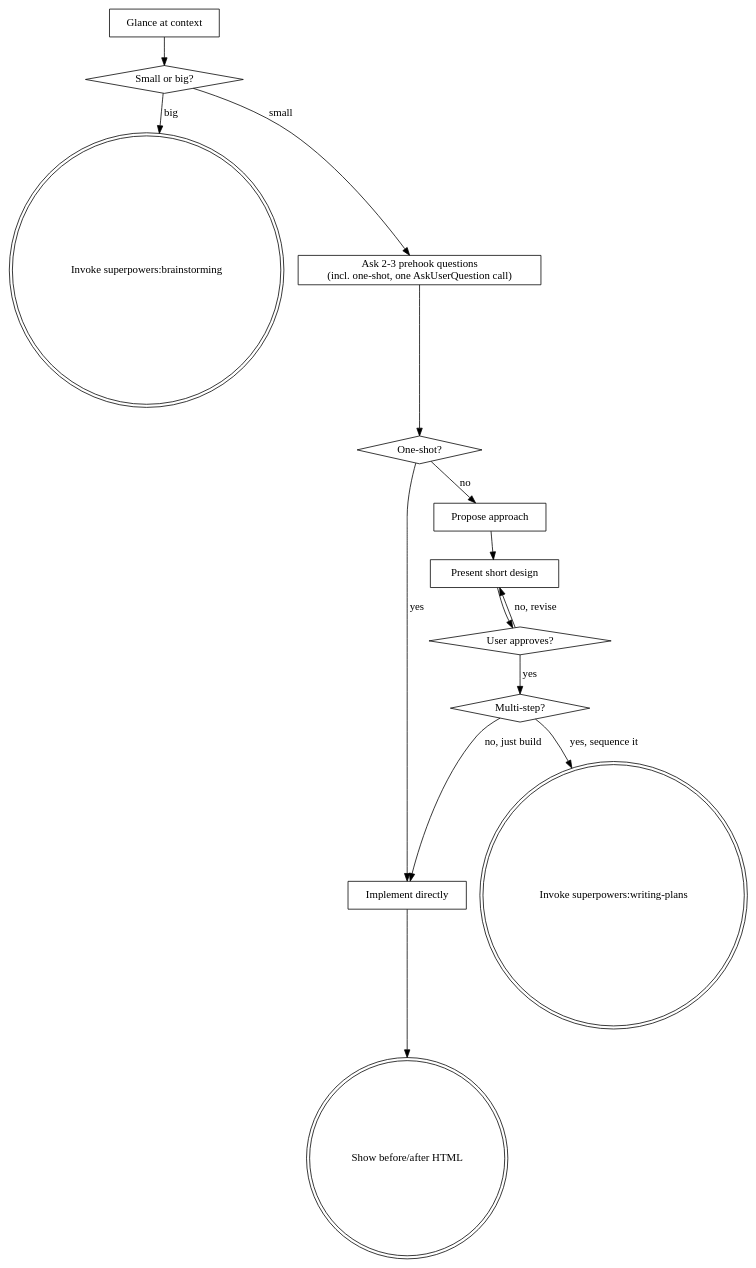
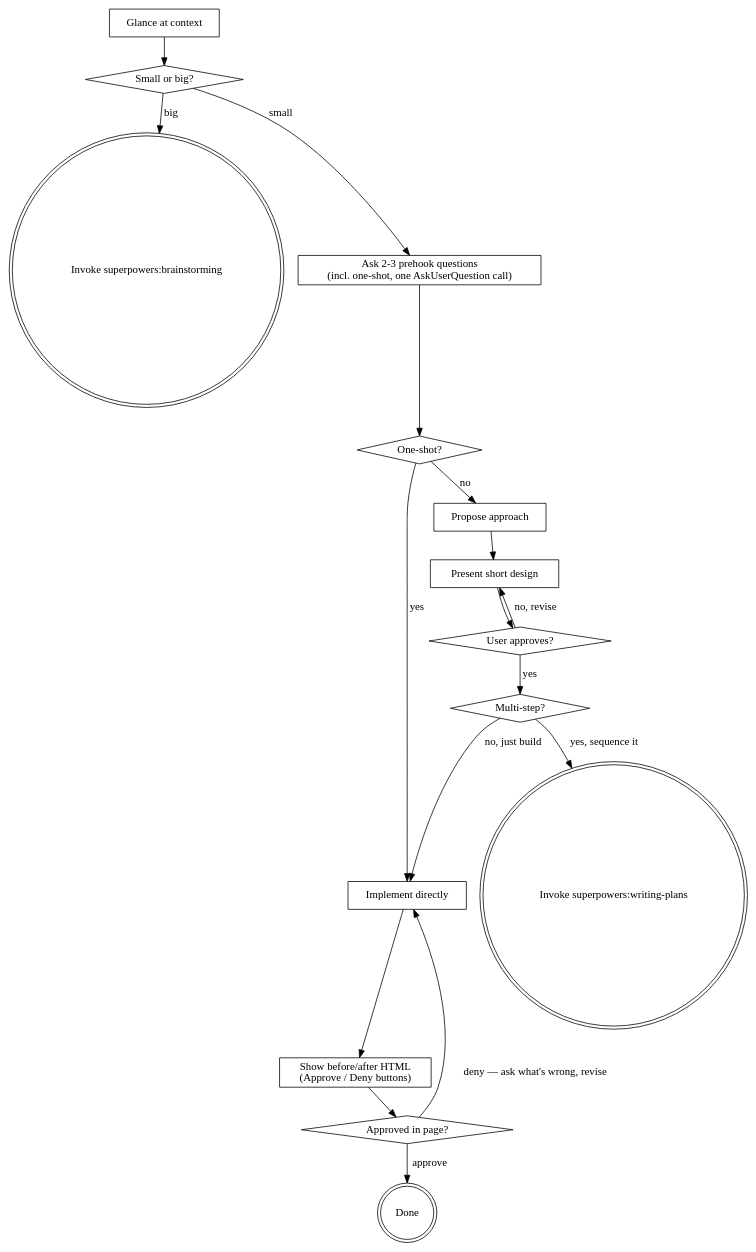
One commit to ashcastelinocs124/CasStack changed the diagram in skills/mini-brainstorming/SKILL.md. Above: the diagram before and after it, drawn with Graphviz. The commit also changed other lines of this file and 1 other file, not shown here.

Commit message:
mini-brainstorming: before/after page gains Approve/Deny gate that resumes the session

````diff
--- a/skills/mini-brainstorming/SKILL.md
+++ b/skills/mini-brainstorming/SKILL.md
@@ -73,30 +73,35 @@
 ```dot
 digraph mini_brainstorming {
     "Glance at context" [shape=box];
     "Small or big?" [shape=diamond];
     "Invoke superpowers:brainstorming" [shape=doublecircle];
     "Ask 2-3 prehook questions\n(incl. one-shot, one AskUserQuestion call)" [shape=box];
     "One-shot?" [shape=diamond];
     "Implement directly" [shape=box];
     "Propose approach" [shape=box];
     "Present short design" [shape=box];
     "User approves?" [shape=diamond];
     "Multi-step?" [shape=diamond];
     "Invoke superpowers:writing-plans" [shape=doublecircle];
-    "Show before/after HTML" [shape=doublecircle];
+    "Show before/after HTML\n(Approve / Deny buttons)" [shape=box];
+    "Approved in page?" [shape=diamond];
+    "Done" [shape=doublecircle];
 
     "Glance at context" -> "Small or big?";
     "Small or big?" -> "Invoke superpowers:brainstorming" [label="big"];
     "Small or big?" -> "Ask 2-3 prehook questions\n(incl. one-shot, one AskUserQuestion call)" [label="small"];
     "Ask 2-3 prehook questions\n(incl. one-shot, one AskUserQuestion call)" -> "One-shot?";
     "One-shot?" -> "Implement directly" [label="yes"];
     "One-shot?" -> "Propose approach" [label="no"];
     "Propose approach" -> "Present short design";
     "Present short design" -> "User approves?";
     "User approves?" -> "Present short design" [label="no, revise"];
     "User approves?" -> "Multi-step?" [label="yes"];
     "Multi-step?" -> "Invoke superpowers:writing-plans" [label="yes, sequence it"];
     "Multi-step?" -> "Implement directly" [label="no, just build"];
-    "Implement directly" -> "Show before/after HTML";
+    "Implement directly" -> "Show before/after HTML\n(Approve / Deny buttons)";
+    "Show before/after HTML\n(Approve / Deny buttons)" -> "Approved in page?";
+    "Approved in page?" -> "Done" [label="approve"];
+    "Approved in page?" -> "Implement directly" [label="deny — ask what's wrong, revise"];
 }
 ```
````
